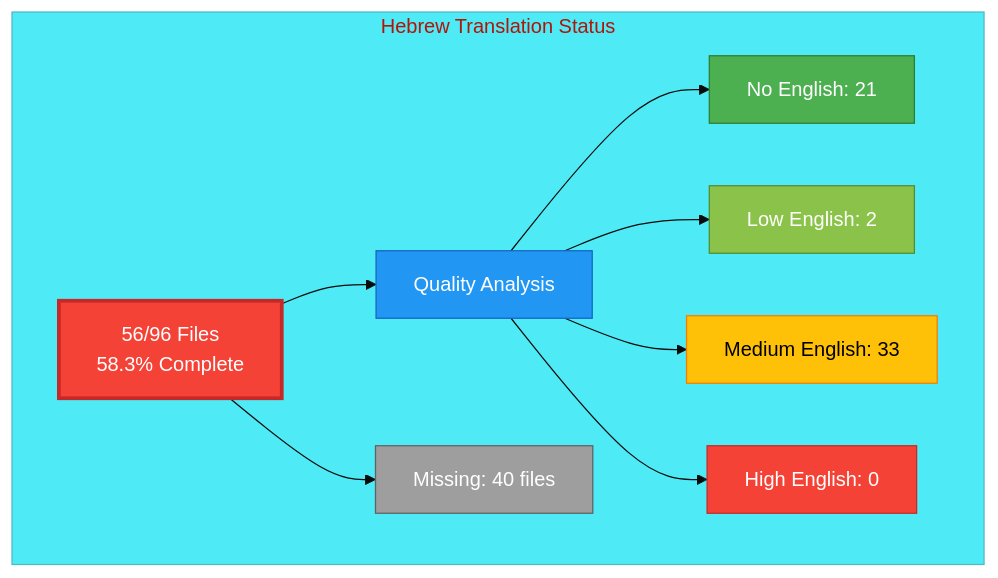
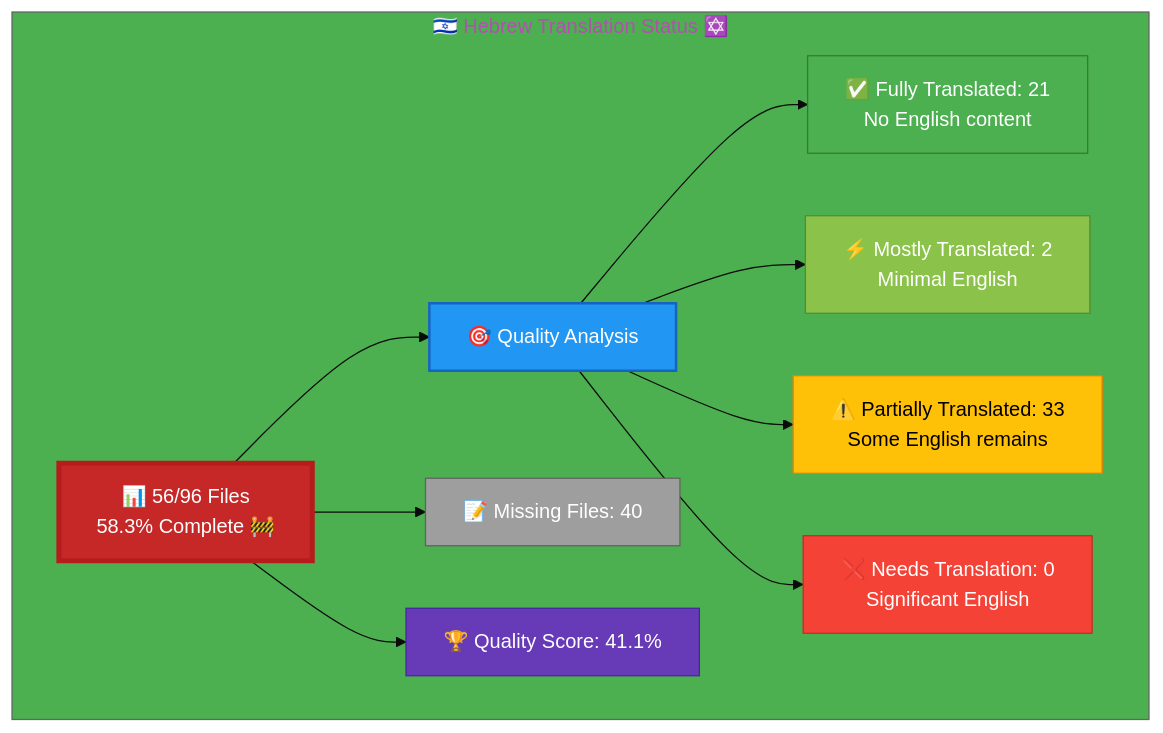
The diagram in Hebrew-Translation-Status.md (Hack23/homepage), drawn with Mermaid before and after one commit. The commit also changed other lines of this file and 26 other files, not shown here.

Commit message:
Complete validation & enhancement: icons, color-coded Mermaid diagrams, accuracy verified for all 26 files

````diff
--- a/Hebrew-Translation-Status.md
+++ b/Hebrew-Translation-Status.md
@@ -12,22 +13,26 @@
 ```mermaid
-%%{init: {'theme':'base', 'themeVariables': { 'primaryColor':'#F44336'}}}%%
+%%{init: {'theme':'base', 'themeVariables': {'primaryColor':'#C62828','secondaryColor':'#2196F3','tertiaryColor':'#4CAF50','fontSize':'16px'}}}%%
 graph TB
-    subgraph "Hebrew Translation Status"
-        A[56/96 Files<br/>58.3% Complete]
-        A --> B[Quality Analysis]
-        B --> C[No English: 21]
-        B --> D[Low English: 2]
-        B --> E[Medium English: 33]
-        B --> F[High English: 0]
+    subgraph "🇮🇱 Hebrew Translation Status ✡️"
+        A["📊 56/96 Files<br/>58.3% Complete 🚧"]
         
-        A --> G[Missing: 40 files]
+        A --> B["🎯 Quality Analysis"]
+        B --> C["✅ Fully Translated: 21<br/>No English content"]
+        B --> D["⚡ Mostly Translated: 2<br/>Minimal English"]
+        B --> E["⚠️  Partially Translated: 33<br/>Some English remains"]
+        B --> F["❌ Needs Translation: 0<br/>Significant English"]
         
-        style A fill:#F44336,stroke:#C62828,color:#fff,stroke-width:3px
-        style B fill:#2196F3,stroke:#1565C0,color:#fff
+        A --> G["📝 Missing Files: 40"]
+        
+        A --> H["🏆 Quality Score: 41.1%"]
+        
+        style A fill:#C62828,stroke:#B71C1C,color:#fff,stroke-width:4px
+        style B fill:#2196F3,stroke:#1565C0,color:#fff,stroke-width:2px
         style C fill:#4CAF50,stroke:#2E7D32,color:#fff
         style D fill:#8BC34A,stroke:#558B2F,color:#fff
         style E fill:#FFC107,stroke:#F57C00,color:#000
         style F fill:#F44336,stroke:#C62828,color:#fff
         style G fill:#9E9E9E,stroke:#616161,color:#fff
+        style H fill:#673AB7,stroke:#4527A0,color:#fff
     end
 ```
````
